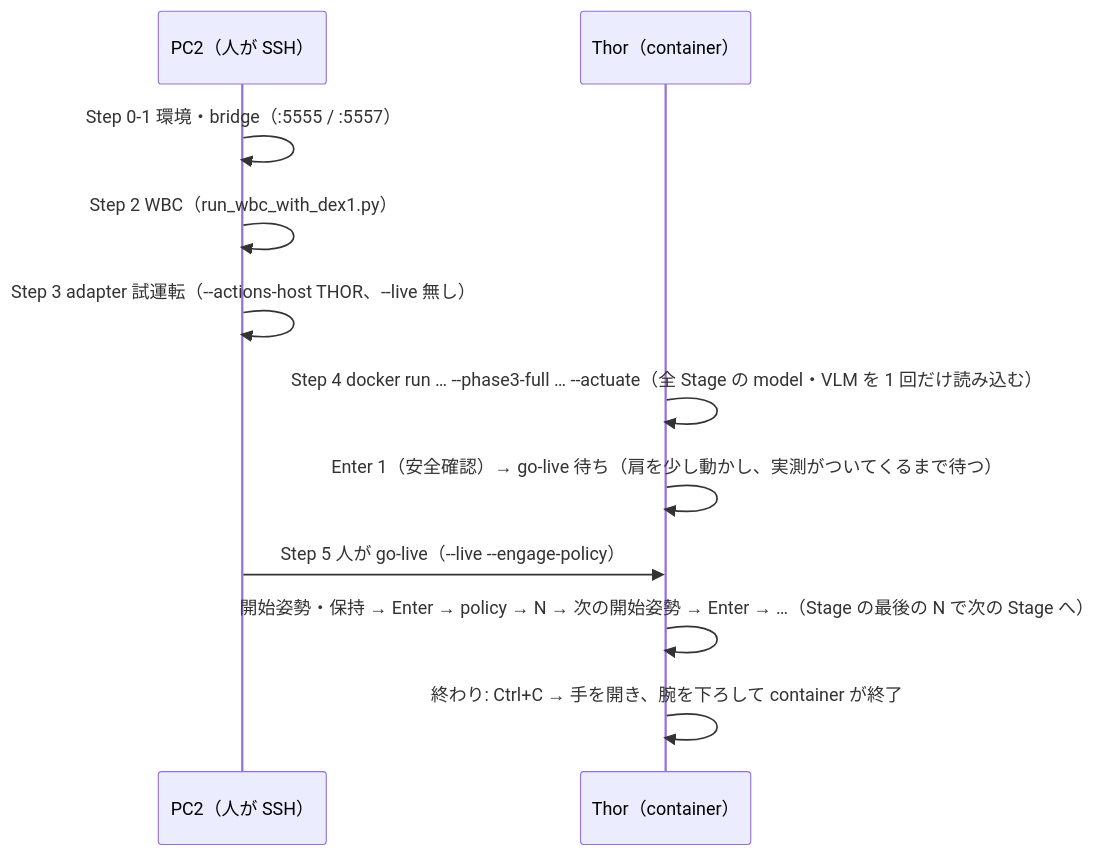
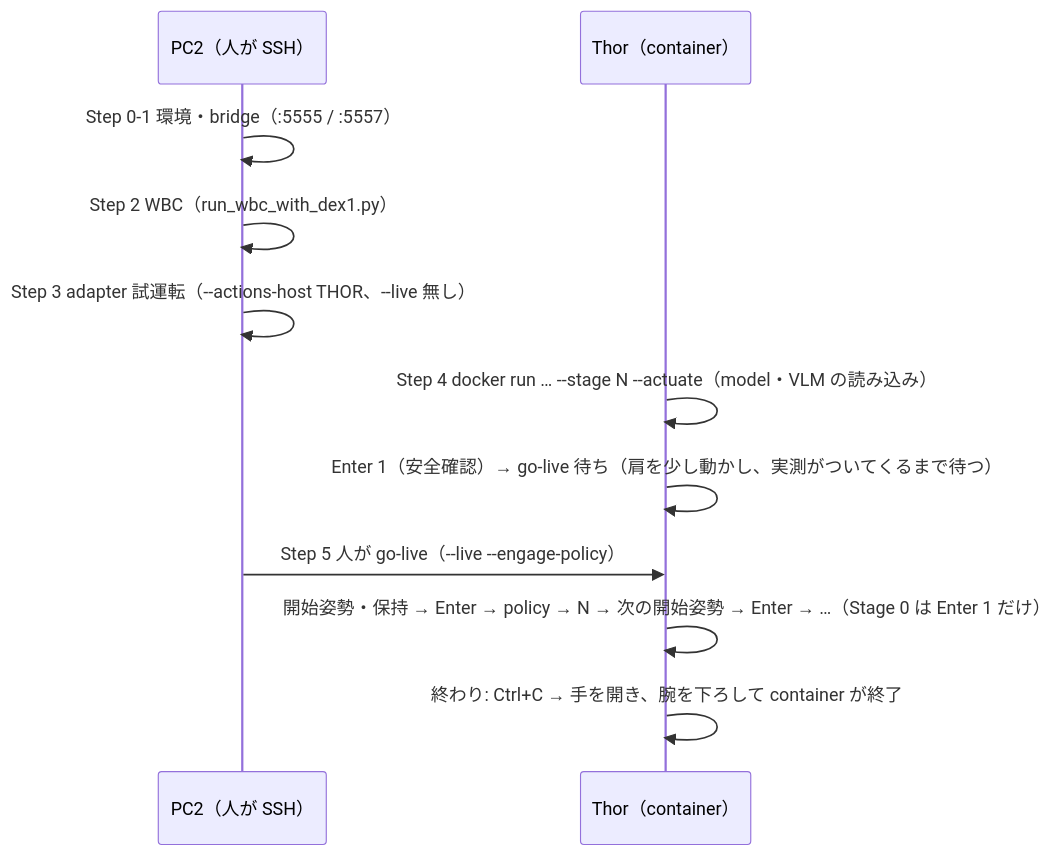
One commit to matsuolab-llmcompe2025-team-suzuki/ikea_iros_submit changed the second of 2 diagrams in INSTRUCTIONS.md. Above: the diagram before and after it, drawn with Mermaid. The commit also changed other lines of this file and 4 other files, not shown here.

````diff
--- a/INSTRUCTIONS.md
+++ b/INSTRUCTIONS.md
@@ -84,13 +80,13 @@
 ```mermaid
 sequenceDiagram
   participant P as PC2（人が SSH）
   participant T as Thor（container）
   P->>P: Step 0-1 環境・bridge（:5555 / :5557）
   P->>P: Step 2 WBC（run_wbc_with_dex1.py）
   P->>P: Step 3 adapter 試運転（--actions-host THOR、--live 無し）
-  T->>T: Step 4 docker run … --phase3-full … --actuate（全 Stage の model・VLM を 1 回だけ読み込む）
+  T->>T: Step 4 docker run … --stage N --actuate（model・VLM の読み込み）
   T->>T: Enter 1（安全確認）→ go-live 待ち（肩を少し動かし、実測がついてくるまで待つ）
   P->>T: Step 5 人が go-live（--live --engage-policy）
-  T->>T: 開始姿勢・保持 → Enter → policy → N → 次の開始姿勢 → Enter → …（Stage の最後の N で次の Stage へ）
+  T->>T: 開始姿勢・保持 → Enter → policy → N → 次の開始姿勢 → Enter → …（Stage 0 は Enter 1 だけ）
   T->>T: 終わり: Ctrl+C → 手を開き、腕を下ろして container が終了
 ```
````
